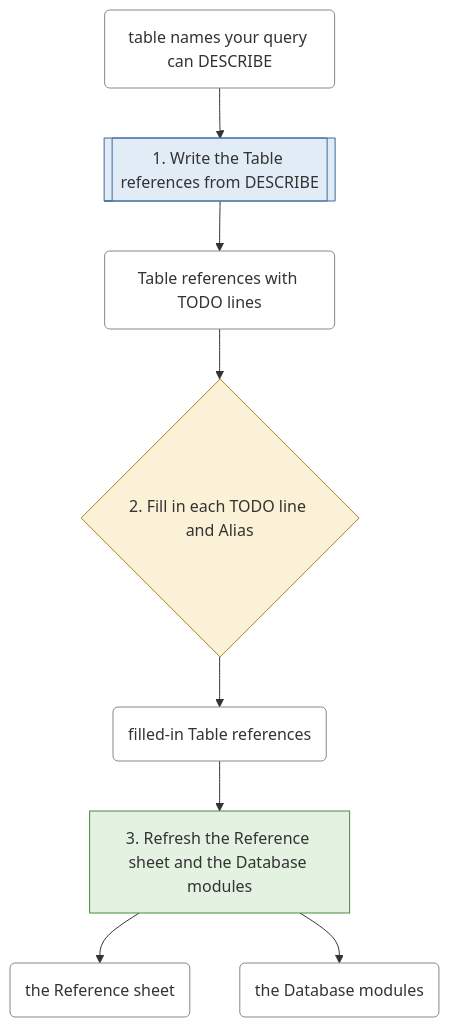
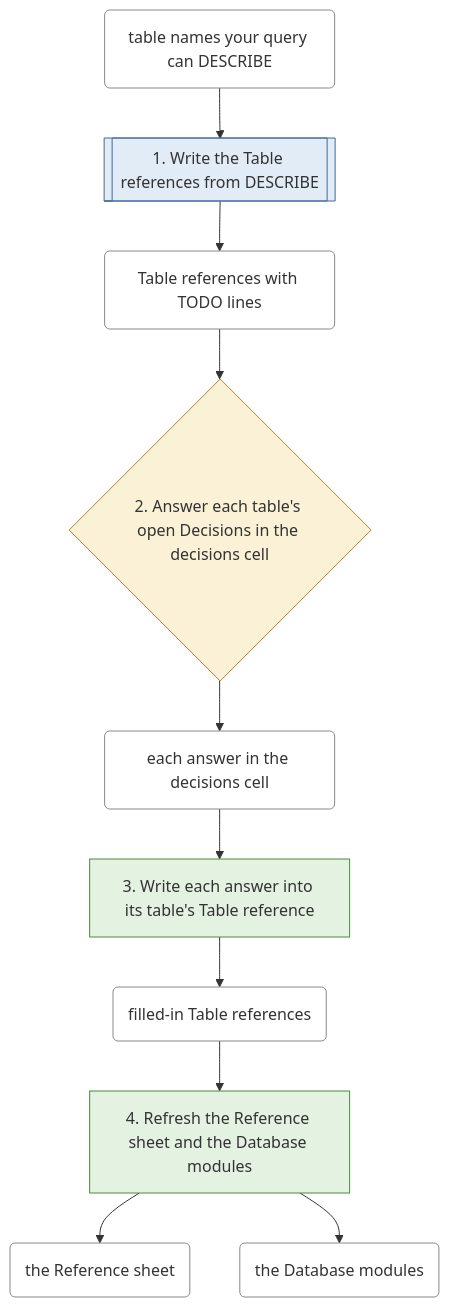
One commit to EdgyPage/SQL-Composer changed the fifth of 8 diagrams in docs/clean-branch-readme.md. Above: the diagram before and after it, drawn with Mermaid. The commit also changed other lines of this file and 43 other files, not shown here.

````diff
--- a/docs/clean-branch-readme.md
+++ b/docs/clean-branch-readme.md
@@ -599,22 +620,26 @@
 ```mermaid
 flowchart TD
     s0[["1. Write the Table references from DESCRIBE"]]:::warehouse_call
-    s1{"2. Fill in each TODO line and Alias"}:::your_decision
-    s2["3. Refresh the Reference sheet and the Database modules"]:::files_only
+    s1{"2. Answer each table's open Decisions in the decisions cell"}:::your_decision
+    s2["3. Write each answer into its table's Table reference"]:::files_only
+    s3["4. Refresh the Reference sheet and the Database modules"]:::files_only
     t0("table names your query can DESCRIBE"):::thing
     t1("Table references with TODO lines"):::thing
-    t2("filled-in Table references"):::thing
-    t3("the Reference sheet"):::thing
-    t4("the Database modules"):::thing
+    t2("each answer in the decisions cell"):::thing
+    t3("filled-in Table references"):::thing
+    t4("the Reference sheet"):::thing
+    t5("the Database modules"):::thing
     t0 --> s0
     s0 --> t1
     t1 --> s1
     s1 --> t2
     t2 --> s2
     s2 --> t3
-    s2 --> t4
+    t3 --> s3
+    s3 --> t4
+    s3 --> t5
     classDef files_only fill:#e3f2e1,stroke:#4a8a3f
     classDef warehouse_call fill:#e1ecf7,stroke:#3f6a9a
     classDef your_decision fill:#fbf1d6,stroke:#a8842a
     classDef thing fill:#ffffff,stroke:#888888
 ```
````
